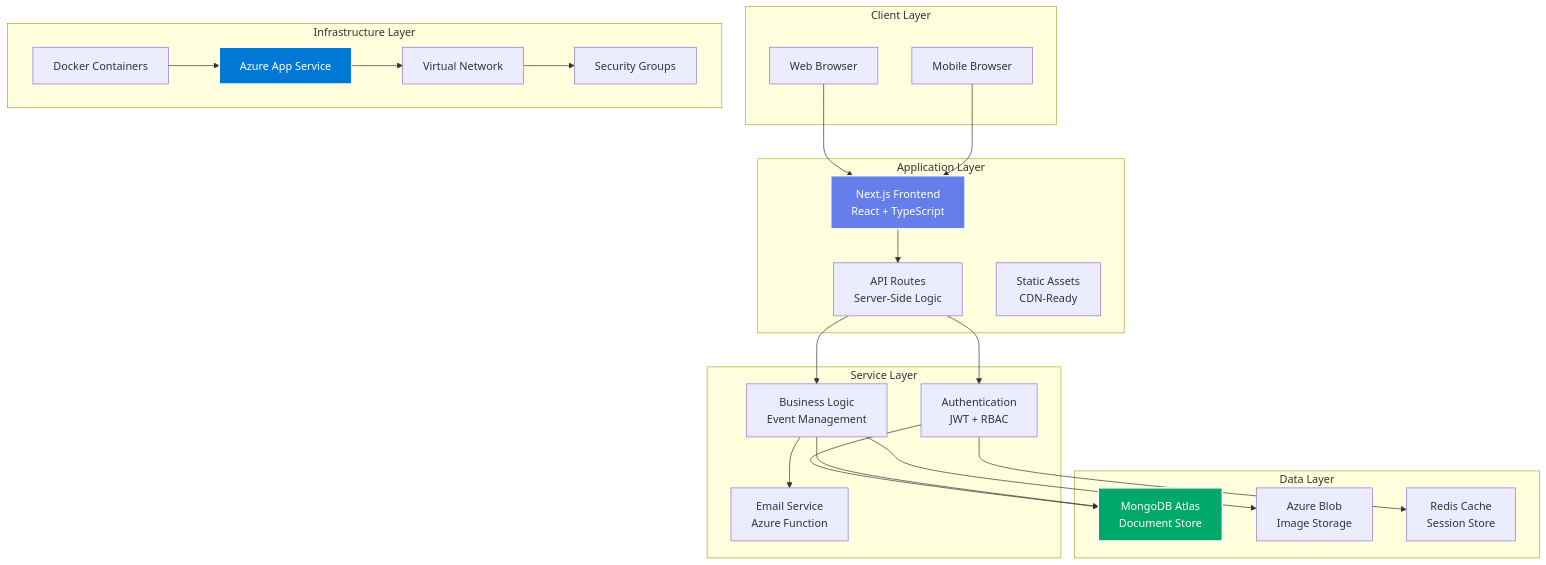
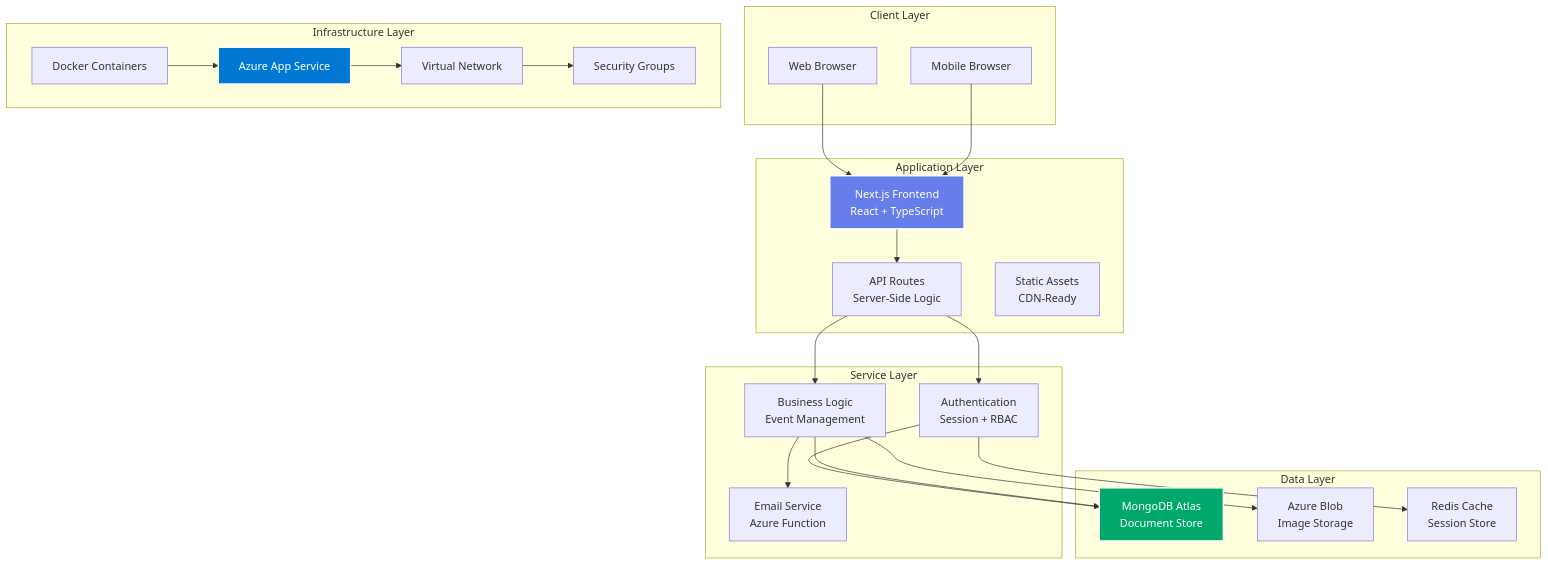
One commit to mvulcu/devops-portfolio-docs changed the first of 6 diagrams in docs/kulturHub/architecture.md. Above: the diagram before and after it, drawn with Mermaid. The commit also changed other lines of this file and 8 other files, not shown here.

Commit message:
Develop KulturHub case study with source-aligned architecture and operations

````diff
--- a/docs/kulturHub/architecture.md
+++ b/docs/kulturHub/architecture.md
@@ -15,51 +15,51 @@
 ```mermaid
 graph TB
     subgraph "Client Layer"
         A[Web Browser]
         B[Mobile Browser]
     end
     
     subgraph "Application Layer"
         C[Next.js Frontend<br/>React + TypeScript]
         D[API Routes<br/>Server-Side Logic]
         E[Static Assets<br/>CDN-Ready]
     end
     
     subgraph "Service Layer"
-        F[Authentication<br/>JWT + RBAC]
+        F[Authentication<br/>Session + RBAC]
         G[Business Logic<br/>Event Management]
         H[Email Service<br/>Azure Function]
     end
     
     subgraph "Data Layer"
         I[MongoDB Atlas<br/>Document Store]
         J[Azure Blob<br/>Image Storage]
         K[Redis Cache<br/>Session Store]
     end
     
     subgraph "Infrastructure Layer"
         L[Docker Containers]
         M[Azure App Service]
         N[Virtual Network]
         O[Security Groups]
     end
     
     A --> C
     B --> C
     C --> D
     D --> F
     D --> G
     G --> H
     F --> I
     G --> I
     G --> J
     F --> K
     
     L --> M
     M --> N
     N --> O
     
     style C fill:#667eea,stroke:#fff,stroke-width:2px,color:#fff
     style I fill:#00a86b,stroke:#fff,stroke-width:2px,color:#fff
     style M fill:#0078d4,stroke:#fff,stroke-width:2px,color:#fff
 ```
````
